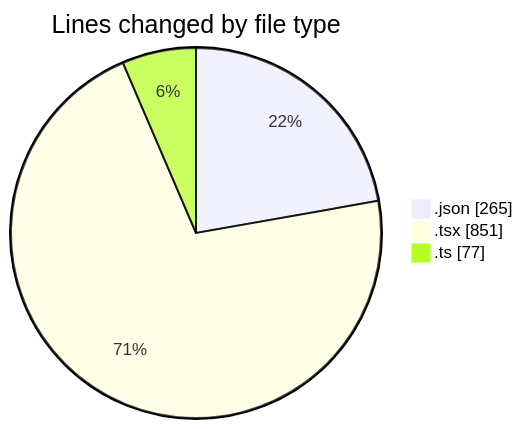
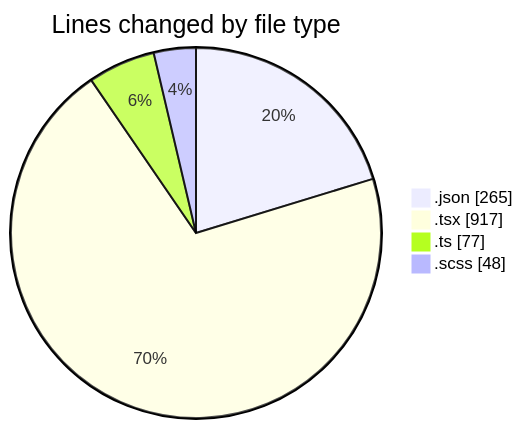
One commit to momahboobian/code-tracking changed the first of 2 diagrams in 2026-04-22/cda/README.md. Above: the diagram before and after it, drawn with Mermaid. The commit also changed other lines of this file and 1 other file, not shown here.

````diff
--- a/2026-04-22/cda/README.md
+++ b/2026-04-22/cda/README.md
@@ -26,7 +27,8 @@
 ```mermaid
 pie showData
 title Lines changed by file type
 ".json" : 265
-".tsx" : 851
+".tsx" : 917
 ".ts" : 77
+".scss" : 48
 ```
````
